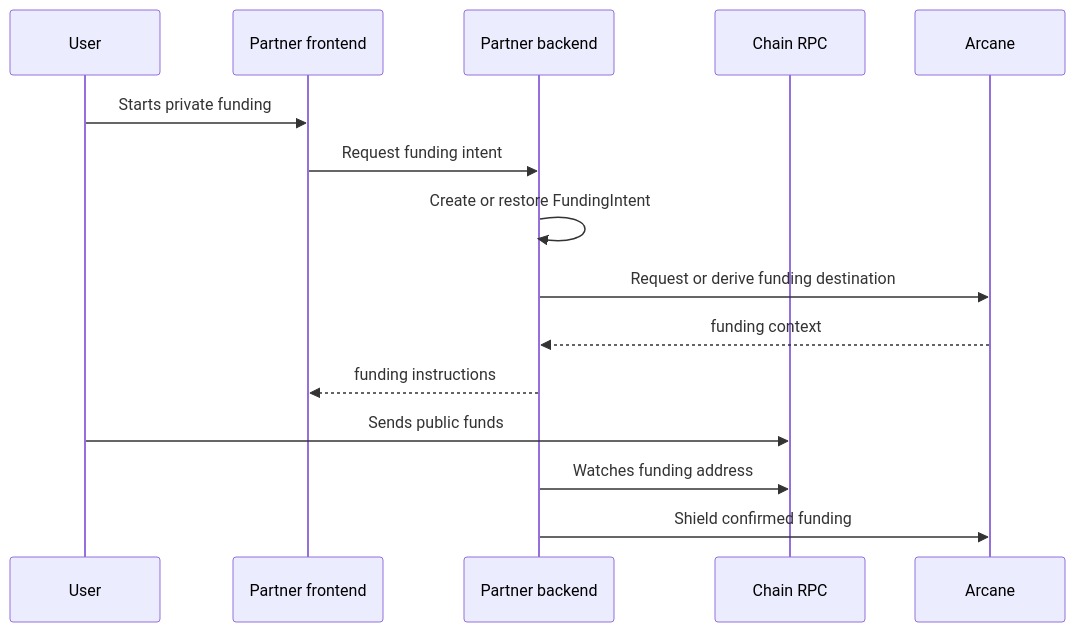
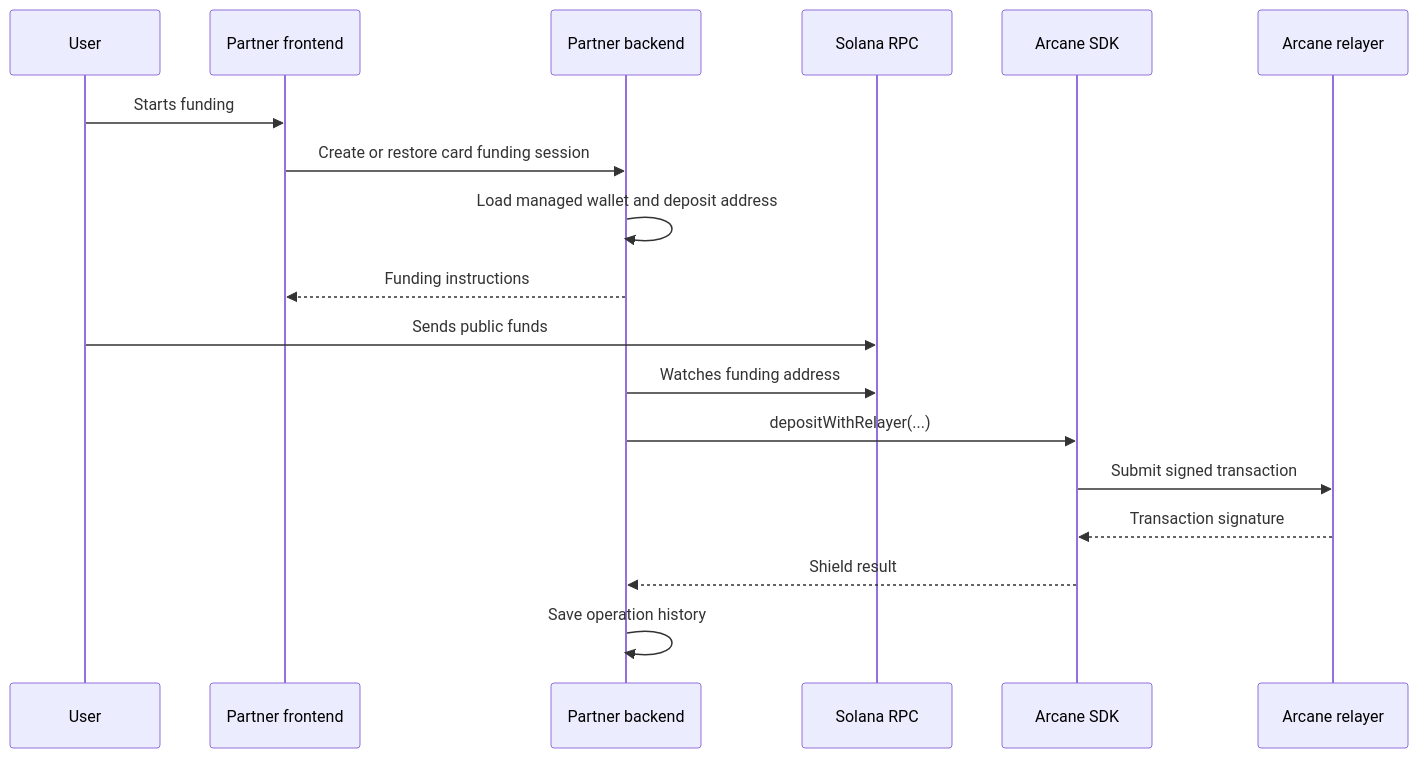
Before and after one commit to Polynom-Labs/docs: the diagram in get-started/first-private-transaction.mdx, drawn with Mermaid. The commit also changed other lines of this file and 32 other files, not shown here.

````diff
--- a/get-started/first-private-transaction.mdx
+++ b/get-started/first-private-transaction.mdx
@@ -91,18 +72,21 @@
 ```mermaid
 sequenceDiagram
   participant User
   participant App as Partner frontend
   participant Backend as Partner backend
-  participant RPC as Chain RPC
-  participant Arcane
+  participant RPC as Solana RPC
+  participant SDK as Arcane SDK
+  participant Relayer as Arcane relayer
 
-  User->>App: Starts private funding
-  App->>Backend: Request funding intent
-  Backend->>Backend: Create or restore FundingIntent
-  Backend->>Arcane: Request or derive funding destination
-  Arcane-->>Backend: funding context
-  Backend-->>App: funding instructions
+  User->>App: Starts funding
+  App->>Backend: Create or restore card funding session
+  Backend->>Backend: Load managed wallet and deposit address
+  Backend-->>App: Funding instructions
   User->>RPC: Sends public funds
   Backend->>RPC: Watches funding address
-  Backend->>Arcane: Shield confirmed funding
+  Backend->>SDK: depositWithRelayer(...)
+  SDK->>Relayer: Submit signed transaction
+  Relayer-->>SDK: Transaction signature
+  SDK-->>Backend: Shield result
+  Backend->>Backend: Save operation history
 ```
````
